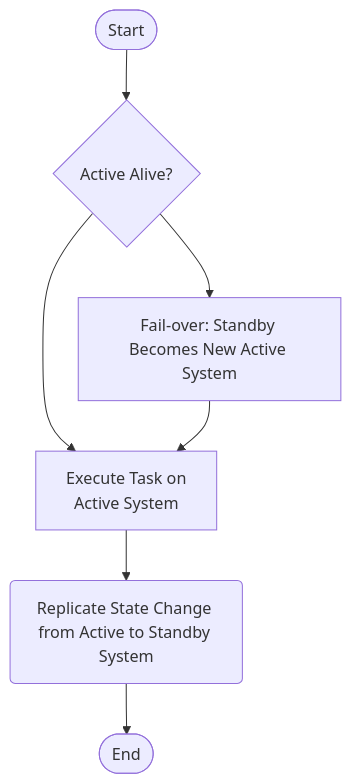
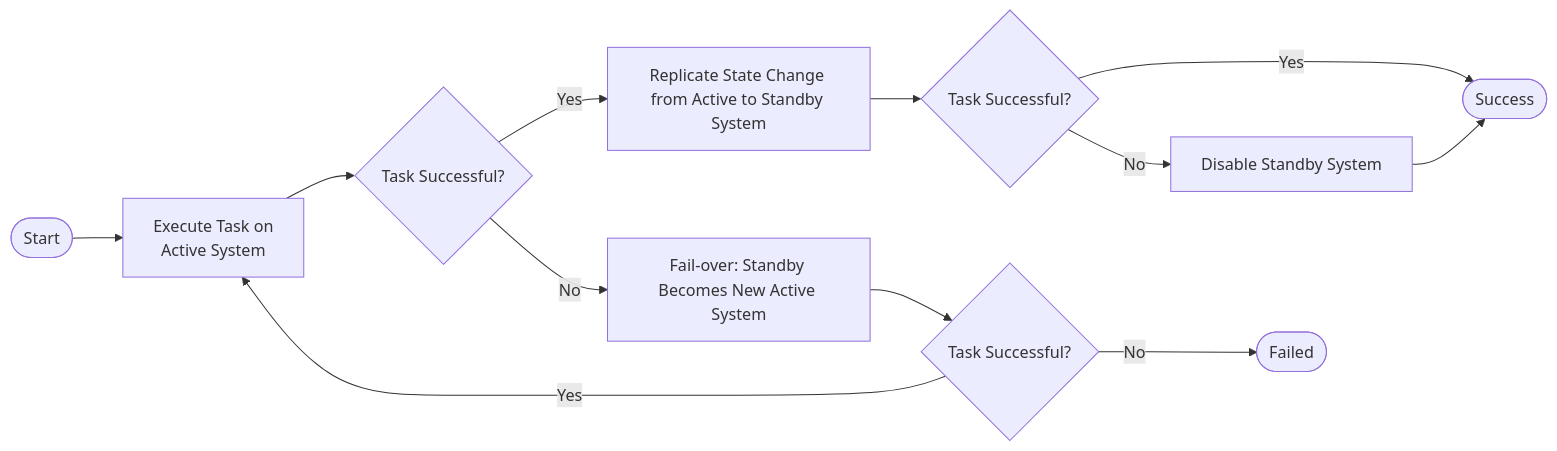
One commit to ORNL/intersect-architecture changed the diagram in sos/logical/resilience/active_standby.rst. Above: the diagram before and after it, drawn with Mermaid.

Commit message:
Edited initial workflow for active/standby resilience pattern.

```diff
--- a/sos/logical/resilience/active_standby.rst
+++ b/sos/logical/resilience/active_standby.rst
@@ -180,10 +180,16 @@
    .. mermaid::
       :caption: Active/Standby pattern workflow
       :align: center
 
-      flowchart TD
-         A(["Start"]) --> B{"Active Alive?"}
-         B --> C["Execute Task on<br>Active System"] & D["Fail-over: Standby Becomes New Active System"]
-         D --> C
-         C --> E("Replicate State Change from Active to Standby System")
-         E --> F(["End"])
+      flowchart LR
+         A(["Start"]) --> B["Execute Task on<br>Active System"]
+         B --> C{"Task Successful?"}
+         C -->|Yes| D["Replicate State Change from Active to Standby System"]
+         C -->|No| E["Fail-over: Standby Becomes New Active System"]
+         E --> F{"Task Successful?"}
+         F -->|Yes| B
+         F -->|No| G(["Failed"])
+         D --> H{"Task Successful?"}
+         H -->|Yes| I(["Success"])
+         H -->|No| J["Disable Standby System"]
+         J --> I
```
